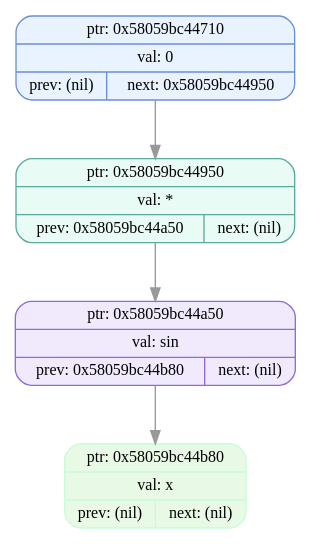
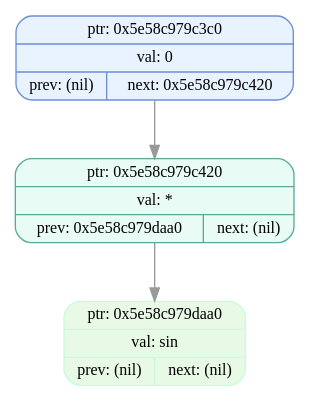
One commit to EvilTomato9890/Difference changed the diagram in dumps/tree_dump_002.dot. Above: the diagram before and after it, drawn with Graphviz. The commit also changed 42 other files, not shown here.

```diff
--- a/dumps/tree_dump_002.dot
+++ b/dumps/tree_dump_002.dot
@@ -1,11 +1,9 @@
 digraph T{
   node [fontname="Fira Mono",shape=record,style="filled,rounded",fontsize=12];
   graph [splines=true, nodesep=0.6, ranksep=0.6];
-  node_0x58059bc44710[shape=record,label="{ {ptr: 0x58059bc44710} | {val: 0} | { prev: (nil) | next: 0x58059bc44950 } }",color="#6b8fd6",fillcolor="#e9f2ff"];
-  node_0x58059bc44950[shape=record,label="{ {ptr: 0x58059bc44950} | {val: *} | { prev: 0x58059bc44a50 | next: (nil) } }",color="#5aa99b",fillcolor="#e9fbf5"];
-  node_0x58059bc44a50[shape=record,label="{ {ptr: 0x58059bc44a50} | {val: sin} | { prev: 0x58059bc44b80 | next: (nil) } }",color="#8e6bd6",fillcolor="#f1eafd"];
-  node_0x58059bc44b80[shape=record,label="{ {ptr: 0x58059bc44b80} | {val: x} | { prev: (nil) | next: (nil) } }",color="#c9fbdbff",fillcolor="#e8f9e5ff"];
-  node_0x58059bc44710 -> node_0x58059bc44950 [color="#999999"];
-  node_0x58059bc44950 -> node_0x58059bc44a50 [color="#999999"];
-  node_0x58059bc44a50 -> node_0x58059bc44b80 [color="#999999"];
+  node_0x5e58c979c3c0[shape=record,label="{ {ptr: 0x5e58c979c3c0} | {val: 0} | { prev: (nil) | next: 0x5e58c979c420 } }",color="#6b8fd6",fillcolor="#e9f2ff"];
+  node_0x5e58c979c420[shape=record,label="{ {ptr: 0x5e58c979c420} | {val: *} | { prev: 0x5e58c979daa0 | next: (nil) } }",color="#5aa99b",fillcolor="#e9fbf5"];
+  node_0x5e58c979daa0[shape=record,label="{ {ptr: 0x5e58c979daa0} | {val: sin} | { prev: (nil) | next: (nil) } }",color="#c9fbdbff",fillcolor="#e8f9e5ff"];
+  node_0x5e58c979c3c0 -> node_0x5e58c979c420 [color="#999999"];
+  node_0x5e58c979c420 -> node_0x5e58c979daa0 [color="#999999"];
 }
```
